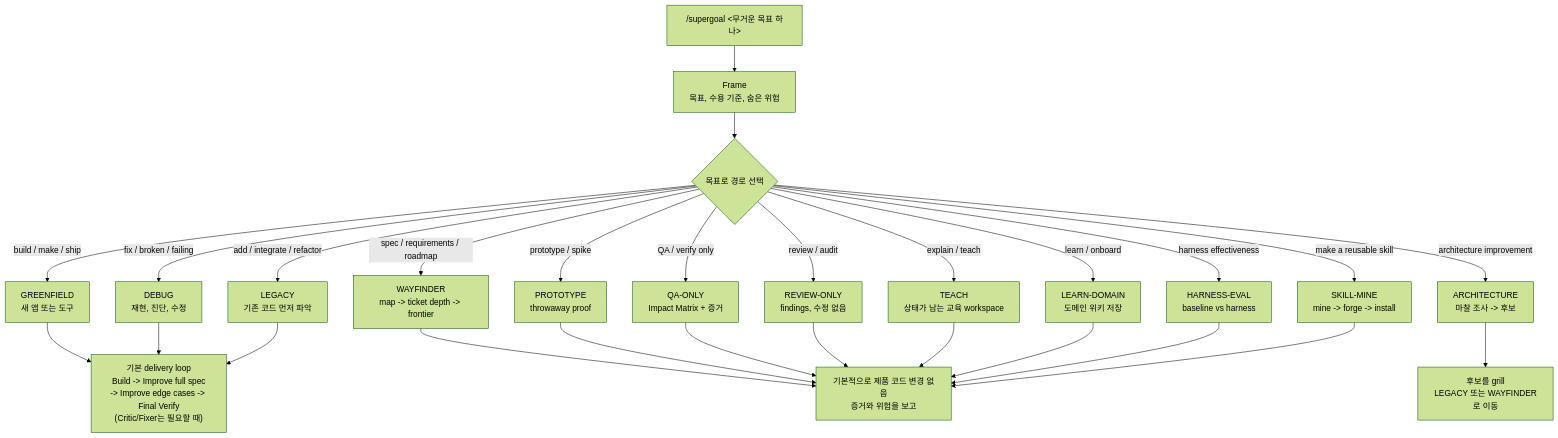
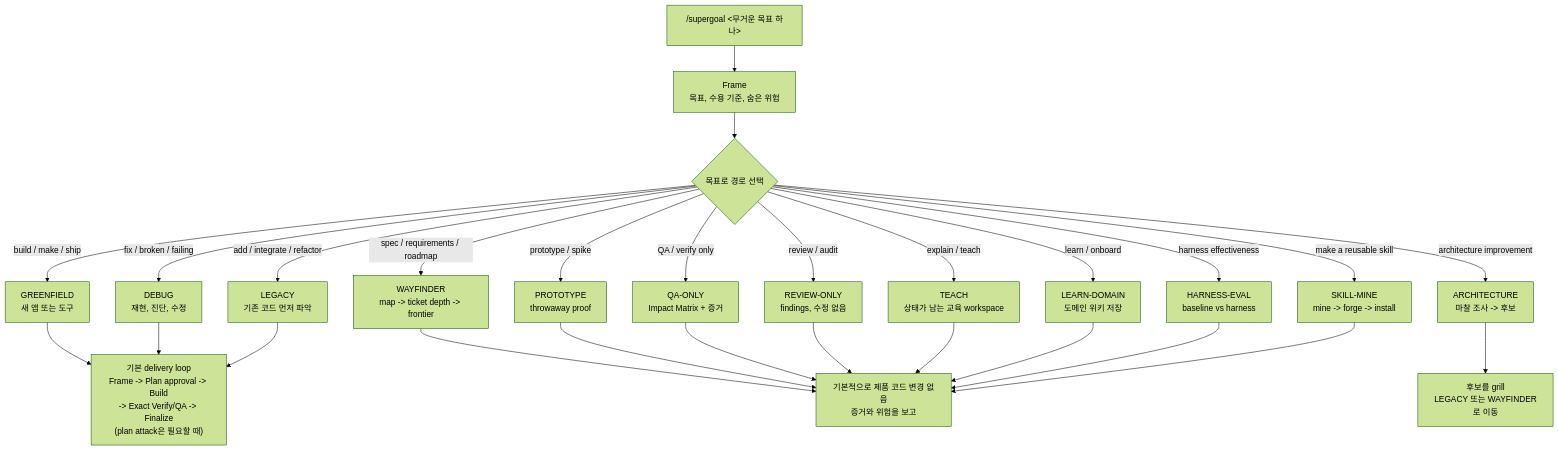
Before and after one commit to cskwork/supergoal-skill: the diagram in README.ko.md, drawn with Mermaid (forest theme). The commit also changed other lines of this file and 22 other files, not shown here.

````diff
--- a/README.ko.md
+++ b/README.ko.md
@@ -69,33 +72,33 @@
 ```mermaid
 flowchart TD
     A["/supergoal <무거운 목표 하나>"] --> B["Frame<br/>목표, 수용 기준, 숨은 위험"]
     B --> C{"목표로 경로 선택"}
 
     C -->|"build / make / ship"| GREENFIELD["GREENFIELD<br/>새 앱 또는 도구"]
     C -->|"fix / broken / failing"| DEBUG["DEBUG<br/>재현, 진단, 수정"]
     C -->|"add / integrate / refactor"| LEGACY["LEGACY<br/>기존 코드 먼저 파악"]
     C -->|"spec / requirements / roadmap"| WAYFINDER["WAYFINDER<br/>map -> ticket depth -> frontier"]
     C -->|"prototype / spike"| PROTOTYPE["PROTOTYPE<br/>throwaway proof"]
     C -->|"QA / verify only"| QAONLY["QA-ONLY<br/>Impact Matrix + 증거"]
     C -->|"review / audit"| REVIEW["REVIEW-ONLY<br/>findings, 수정 없음"]
     C -->|"architecture improvement"| ARCHITECTURE["ARCHITECTURE<br/>마찰 조사 -> 후보"]
     C -->|"explain / teach"| TEACH["TEACH<br/>상태가 남는 교육 workspace"]
     C -->|"learn / onboard"| LEARN["LEARN-DOMAIN<br/>도메인 위키 저장"]
     C -->|"harness effectiveness"| HARNESS["HARNESS-EVAL<br/>baseline vs harness"]
     C -->|"make a reusable skill"| SKILLMINE["SKILL-MINE<br/>mine -> forge -> install"]
 
-    GREENFIELD --> LOOP["기본 delivery loop<br/>Build -> Improve full spec<br/>-> Improve edge cases -> Final Verify<br/>(Critic/Fixer는 필요할 때)"]
+    GREENFIELD --> LOOP["기본 delivery loop<br/>Frame -> Plan approval -> Build<br/>-> Exact Verify/QA -> Finalize<br/>(plan attack은 필요할 때)"]
     DEBUG --> LOOP
     LEGACY --> LOOP
 
     WAYFINDER --> REPORT
     PROTOTYPE --> REPORT
     ARCHITECTURE --> PICK["후보를 grill<br/>LEGACY 또는 WAYFINDER로 이동"]
 
     QAONLY --> REPORT["기본적으로 제품 코드 변경 없음<br/>증거와 위험을 보고"]
     REVIEW --> REPORT
     TEACH --> REPORT
     LEARN --> REPORT
     HARNESS --> REPORT
     SKILLMINE --> REPORT
 ```
````
